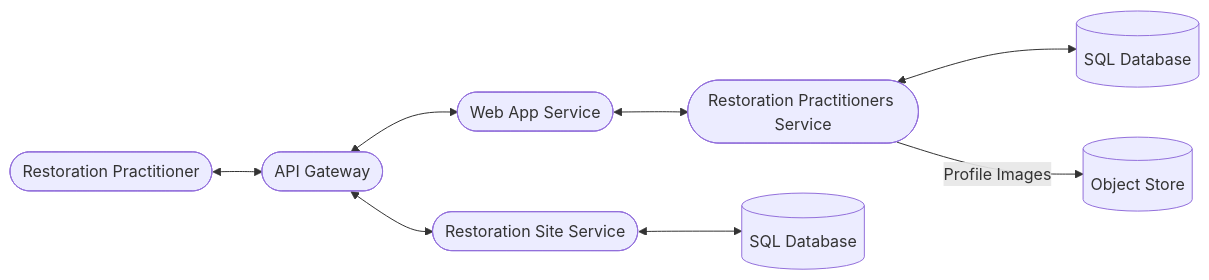
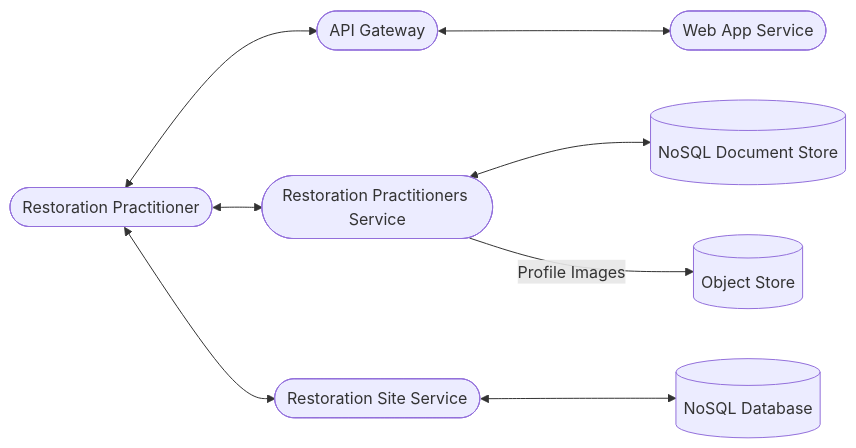
One commit to maulikdave-fh/bdi changed the fourth of 4 diagrams in README.md. Above: the diagram before and after it, drawn with Mermaid.

````diff
--- a/README.md
+++ b/README.md
@@ -125,10 +125,10 @@
 ```mermaid
     flowchart LR
         RP([Restoration Practitioner]) <--> APIGateway([API Gateway])
         APIGateway <--> WebApp([Web App Service])
-        WebApp <--> RPS([Restoration Practitioners Service])
-        RPS <--> RPSSQL[(SQL Database)]
+        RP <--> RPS([Restoration Practitioners Service])
+        RPS <--> RPSSQL[(NoSQL Document Store)]
         RPS --> |Profile Images| ObjStore[(Object Store)]
-        APIGateway <--> RestorationSite([Restoration Site Service])
-        RestorationSite <--> RSSSQL[(SQL Database)]
+        RP <--> RestorationSite([Restoration Site Service])
+        RestorationSite <--> RSSSQL[(NoSQL Database)]
 ```
````
